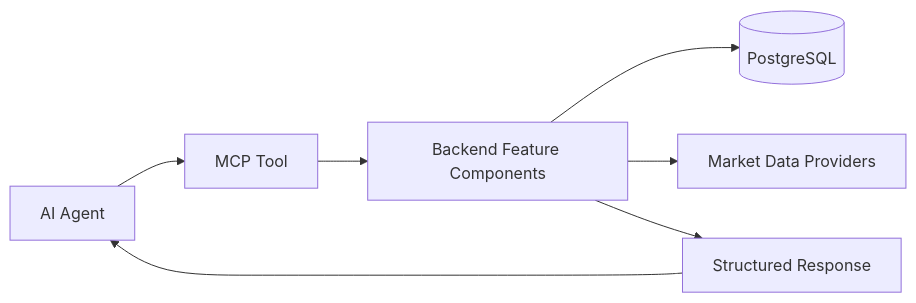
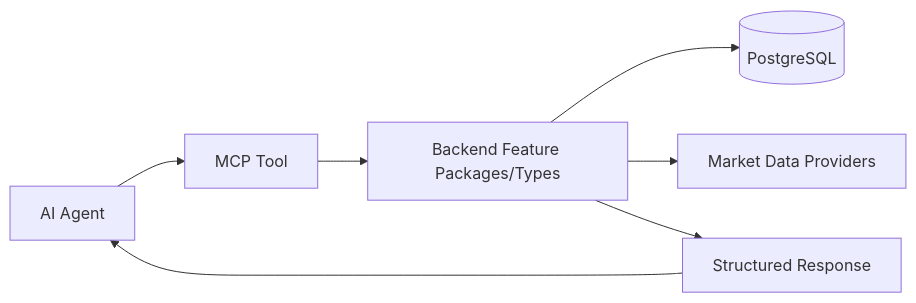
Before and after one commit to finsight-org/finsight: the third of 4 diagrams in docs/architecture.md, drawn with Mermaid. The commit also changed other lines of this file and 67 other files, not shown here.

First line of the commit message:
Refactor backend to direct sqlc feature components (#21)

````diff
--- a/docs/architecture.md
+++ b/docs/architecture.md
@@ -201,16 +201,16 @@
 ```mermaid
 flowchart LR
     Agent[AI Agent]
     Tool[MCP Tool]
-    Features[Backend Feature Components]
+    Features[Backend Feature Packages/Types]
     DB[(PostgreSQL)]
     Provider[Market Data Providers]
     Response[Structured Response]
 
     Agent --> Tool
     Tool --> Features
     Features --> DB
     Features --> Provider
     Features --> Response
     Response --> Agent
 ```
````
